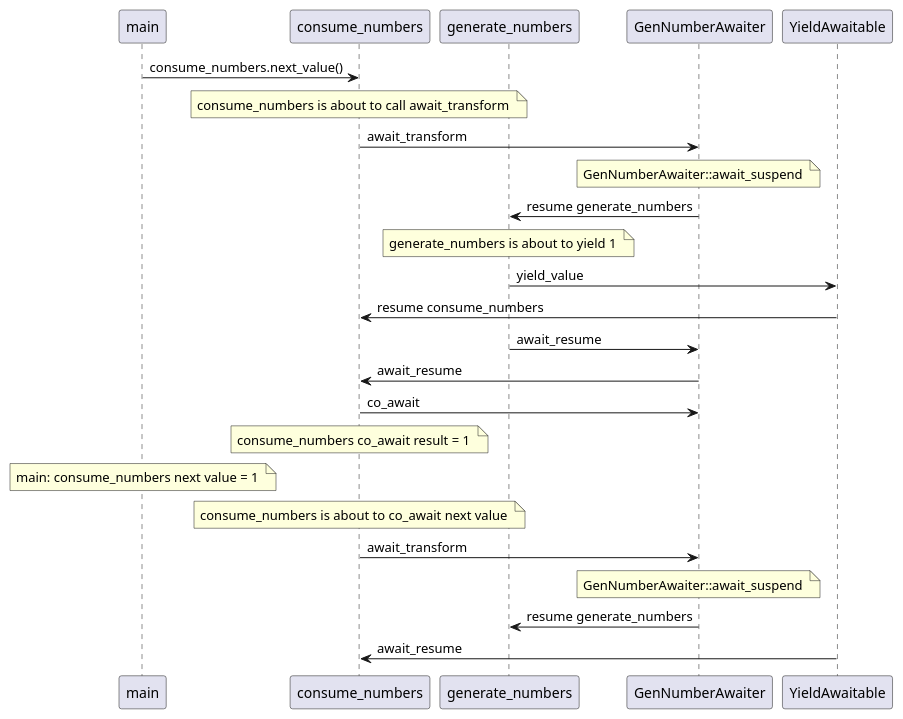
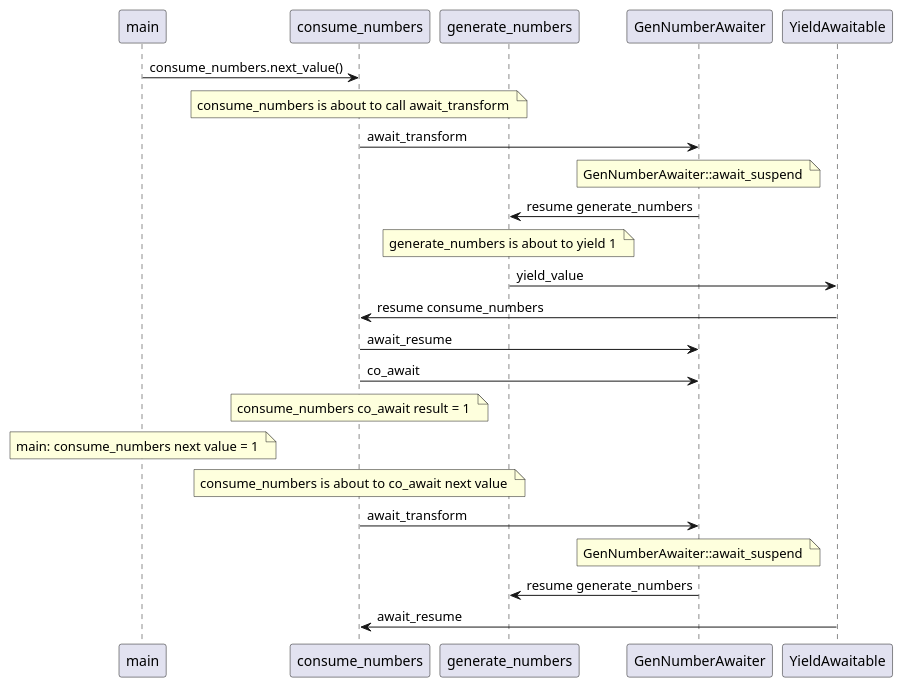
One commit to Celthi/coro20 changed the diagram in coro_fizz.puml. Above: the diagram before and after it, drawn with PlantUML. The commit also changed 1 other file, not shown here.

```diff
--- a/coro_fizz.puml
+++ b/coro_fizz.puml
@@ -1,46 +1,45 @@
 @startuml
 participant main
 participant consume_numbers
 participant generate_numbers
 participant GenNumberAwaiter
 participant YieldAwaitable
 main -> consume_numbers : consume_numbers.next_value()
 note over consume_numbers
 consume_numbers is about to call await_transform 
 end note
 
 consume_numbers -> GenNumberAwaiter : await_transform
 note over GenNumberAwaiter
 GenNumberAwaiter::await_suspend 
 end note
 
 GenNumberAwaiter -> generate_numbers : resume generate_numbers
 note over generate_numbers
 generate_numbers is about to yield 1 
 end note
 
 generate_numbers -> YieldAwaitable : yield_value
 YieldAwaitable -> consume_numbers : resume consume_numbers
-generate_numbers -> GenNumberAwaiter : await_resume
-GenNumberAwaiter -> consume_numbers : await_resume
+consume_numbers -> GenNumberAwaiter : await_resume
 consume_numbers -> GenNumberAwaiter : co_await
 note over consume_numbers
 consume_numbers co_await result = 1 
 end note
 
 note over main
 main: consume_numbers next value = 1 
 end note
 
 note over consume_numbers
 consume_numbers is about to co_await next value 
 end note
 
 consume_numbers -> GenNumberAwaiter : await_transform
 note over GenNumberAwaiter
 GenNumberAwaiter::await_suspend 
 end note
 
 GenNumberAwaiter -> generate_numbers : resume generate_numbers
 YieldAwaitable -> consume_numbers : await_resume
 @enduml
```
